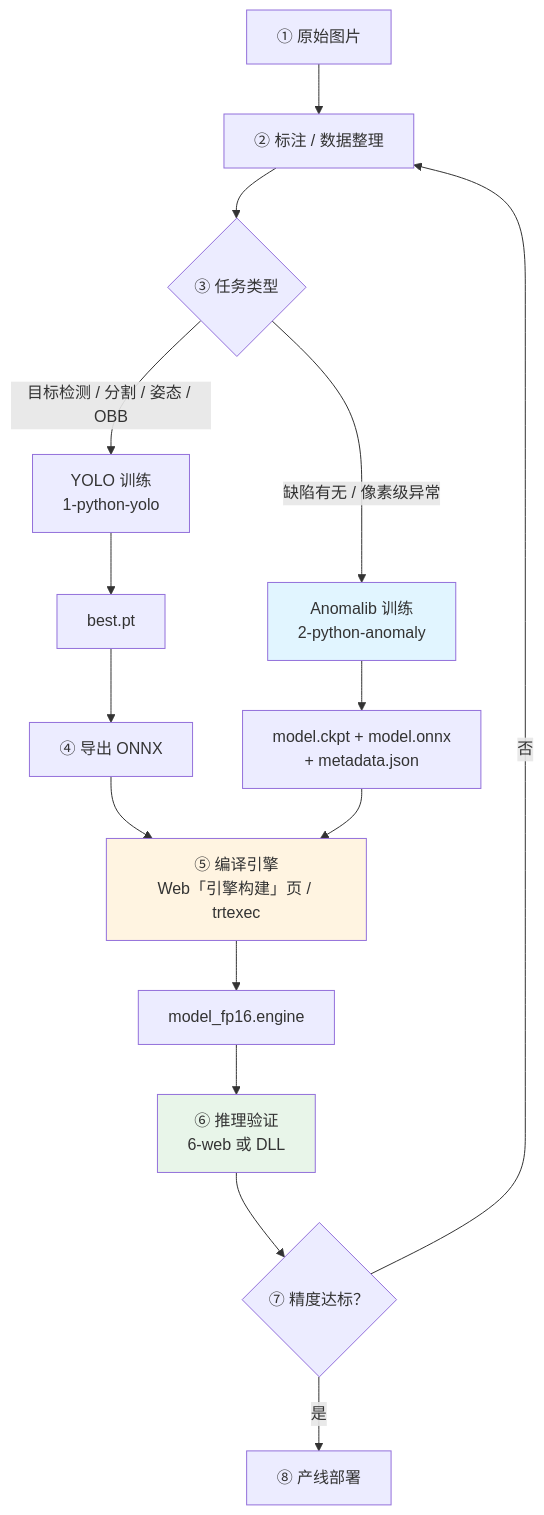
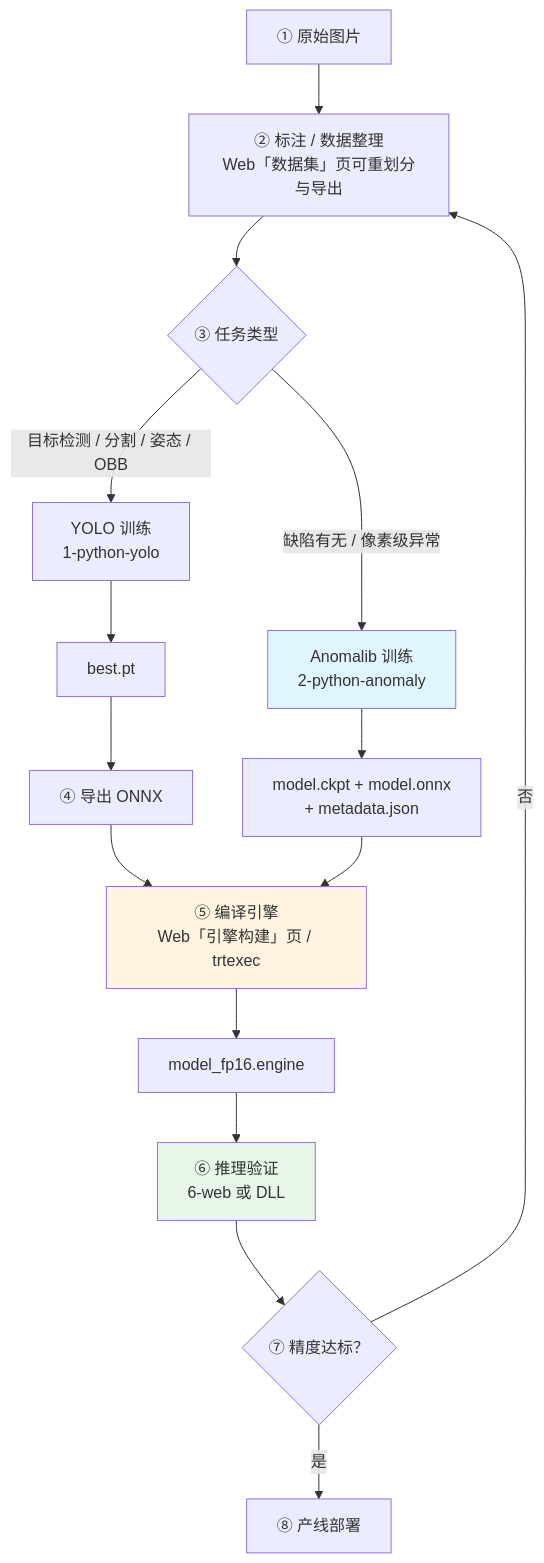
The diagram in docs/WORKFLOW_GUIDE.md (jusitfy0913/dp-tool), drawn with Mermaid before and after one commit. The commit also changed other lines of this file and 11 other files, not shown here.

````diff
--- a/docs/WORKFLOW_GUIDE.md
+++ b/docs/WORKFLOW_GUIDE.md
@@ -11,25 +11,25 @@
 ```mermaid
 flowchart TD
-    A["① 原始图片"] --> B["② 标注 / 数据整理"]
+    A["① 原始图片"] --> B["② 标注 / 数据整理<br/>Web「数据集」页可重划分与导出"]
     B --> C{"③ 任务类型"}
 
     C -->|"目标检测 / 分割 / 姿态 / OBB"| D["YOLO 训练<br/>1-python-yolo"]
     C -->|"缺陷有无 / 像素级异常"| E["Anomalib 训练<br/>2-python-anomaly"]
 
     D --> F["best.pt"]
     E --> G["model.ckpt + model.onnx<br/>+ metadata.json"]
 
     F --> H["④ 导出 ONNX"]
     H --> I["⑤ 编译引擎<br/>Web「引擎构建」页 / trtexec"]
     G --> I
     I --> J["model_fp16.engine"]
 
     J --> K["⑥ 推理验证<br/>6-web 或 DLL"]
     K --> L{"⑦ 精度达标？"}
     L -->|否| B
     L -->|是| M["⑧ 产线部署"]
 
     style E fill:#e1f5ff
     style I fill:#fff4e1
     style K fill:#e8f5e9
 ```
````
